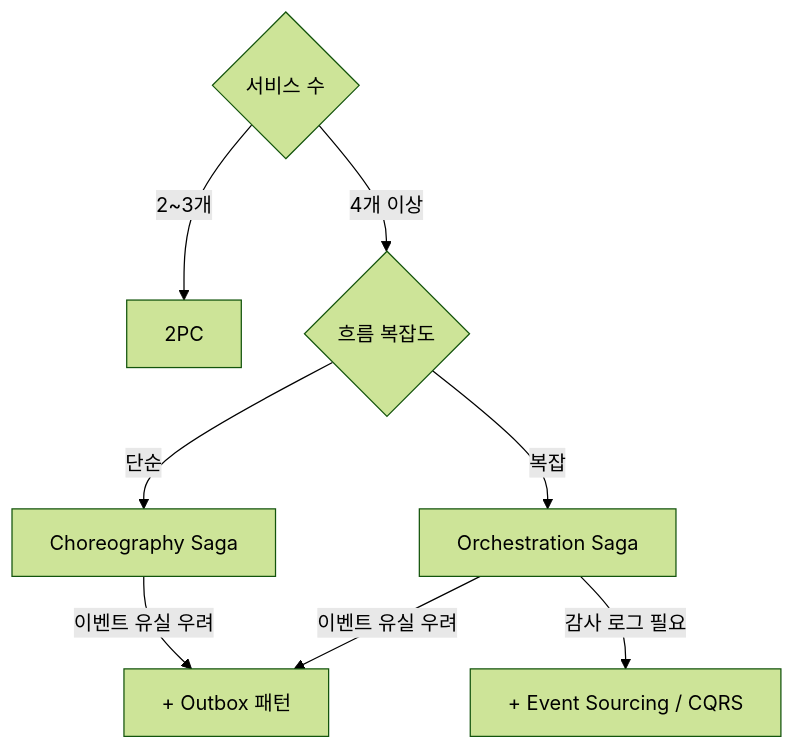
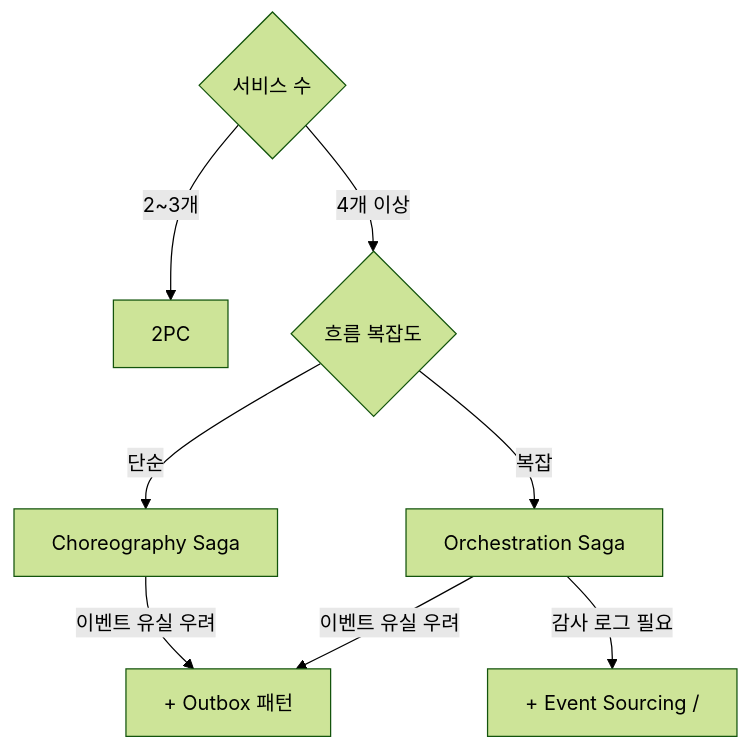
Diagram 14 of 14 in _posts/architecture/2026-05-02-distributed-transaction-deep.md (yjkim2015/yjkim2015.github.io), drawn with Mermaid (forest theme) before and after one commit. The commit also changed other lines of this file and 271 other files, not shown here.

First line of the commit message:
Mermaid 라벨 축소: 긴 노드 텍스트 18자 이하로 트림 + \n 제거

````diff
--- a/_posts/architecture/2026-05-02-distributed-transaction-deep.md
+++ b/_posts/architecture/2026-05-02-distributed-transaction-deep.md
@@ -633,10 +633,10 @@
 ```mermaid
 graph TD
     Q1{"서비스 수"}
     Q1 -->|"2~3개"| TwoPC["2PC"]
     Q1 -->|"4개 이상"| Q2{"흐름 복잡도"}
     Q2 -->|"단순"| Chore["Choreography Saga"]
     Q2 -->|"복잡"| Orches["Orchestration Saga"]
     Chore & Orches -->|"이벤트 유실 우려"| Outbox["+ Outbox 패턴"]
-    Orches -->|"감사 로그 필요"| ES["+ Event Sourcing / CQRS"]
+    Orches -->|"감사 로그 필요"| ES["+ Event Sourcing /"]
 ```
````
